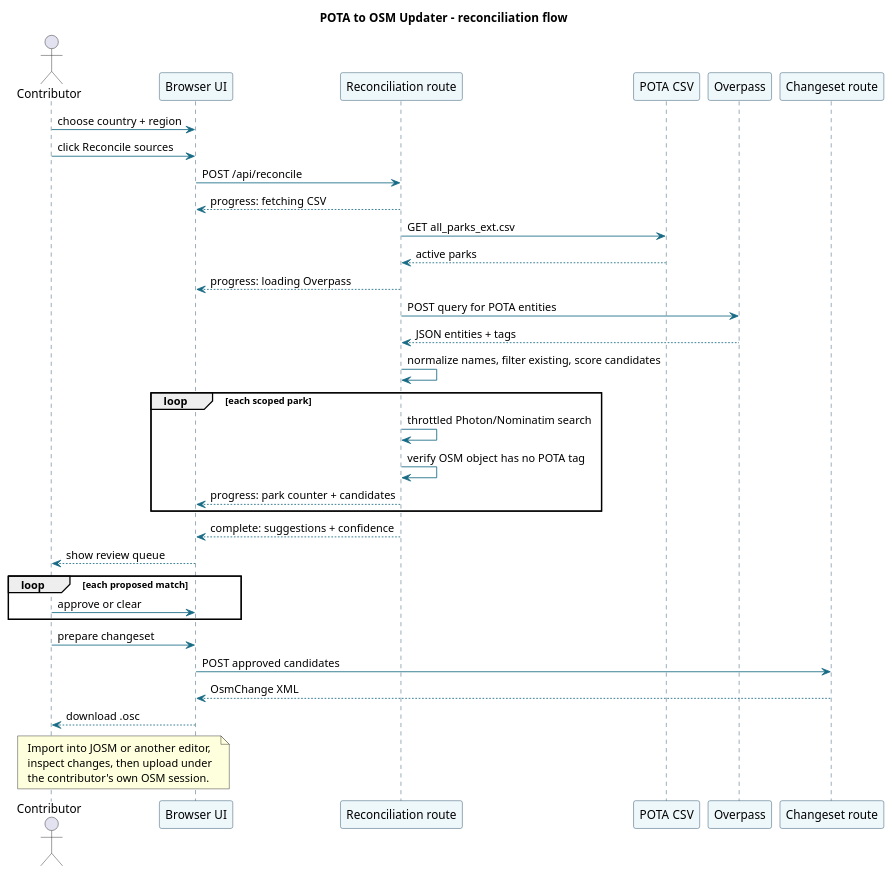
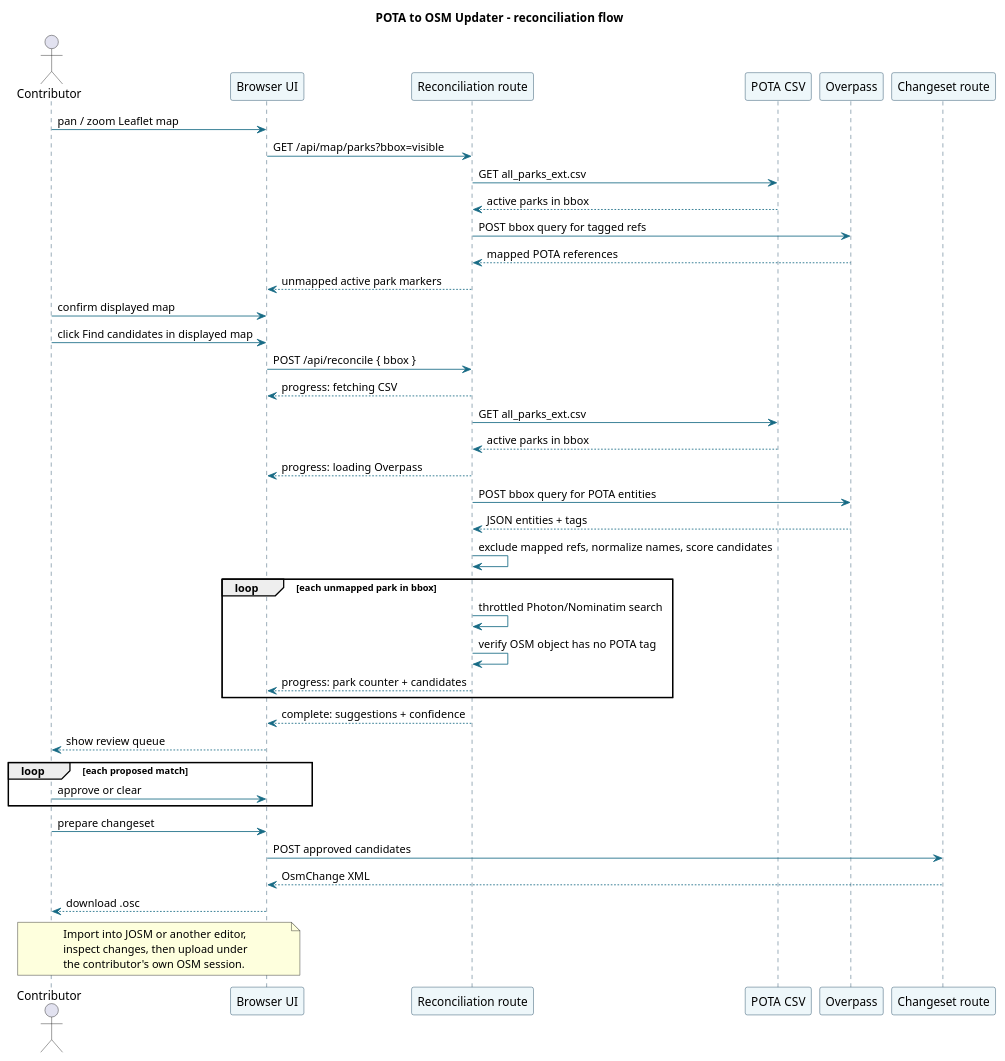
One commit to ea7klk/pota-updater changed the diagram in docs/reconciliation-sequence.puml. Above: the diagram before and after it, drawn with PlantUML. The commit also changed 12 other files, not shown here.

Commit message:
Select reconciliation parks from Leaflet map

```diff
--- a/docs/reconciliation-sequence.puml
+++ b/docs/reconciliation-sequence.puml
@@ -1,46 +1,53 @@
 @startuml
 title POTA to OSM Updater - reconciliation flow
 skinparam backgroundColor #FFFFFF
 skinparam shadowing false
 skinparam defaultFontName Arial
 skinparam SequenceLifeLineBorderColor #123D5A
 skinparam SequenceLifeLineBackgroundColor #EEF7FA
 skinparam ArrowColor #176B85
 skinparam ParticipantBorderColor #123D5A
 skinparam ParticipantBackgroundColor #EEF7FA
 actor Contributor
 participant "Browser UI" as UI
 participant "Reconciliation route" as API
 participant "POTA CSV" as CSV
 participant "Overpass" as O
 participant "Changeset route" as C
-Contributor -> UI : choose country + region
-Contributor -> UI : click Reconcile sources
-UI -> API : POST /api/reconcile
+Contributor -> UI : pan / zoom Leaflet map
+UI -> API : GET /api/map/parks?bbox=visible
+API -> CSV : GET all_parks_ext.csv
+CSV --> API : active parks in bbox
+API -> O : POST bbox query for tagged refs
+O --> API : mapped POTA references
+API --> UI : unmapped active park markers
+Contributor -> UI : confirm displayed map
+Contributor -> UI : click Find candidates in displayed map
+UI -> API : POST /api/reconcile { bbox }
 API --> UI : progress: fetching CSV
 API -> CSV : GET all_parks_ext.csv
-CSV --> API : active parks
+CSV --> API : active parks in bbox
 API --> UI : progress: loading Overpass
-API -> O : POST query for POTA entities
+API -> O : POST bbox query for POTA entities
 O --> API : JSON entities + tags
-API -> API : normalize names, filter existing, score candidates
-loop each scoped park
+API -> API : exclude mapped refs, normalize names, score candidates
+loop each unmapped park in bbox
   API -> API : throttled Photon/Nominatim search
   API -> API : verify OSM object has no POTA tag
   API --> UI : progress: park counter + candidates
 end
 API --> UI : complete: suggestions + confidence
 UI --> Contributor : show review queue
 loop each proposed match
   Contributor -> UI : approve or clear
 end
 Contributor -> UI : prepare changeset
 UI -> C : POST approved candidates
 C --> UI : OsmChange XML
 UI --> Contributor : download .osc
 note over Contributor,UI
   Import into JOSM or another editor,
   inspect changes, then upload under
   the contributor's own OSM session.
 end note
 @enduml
```
